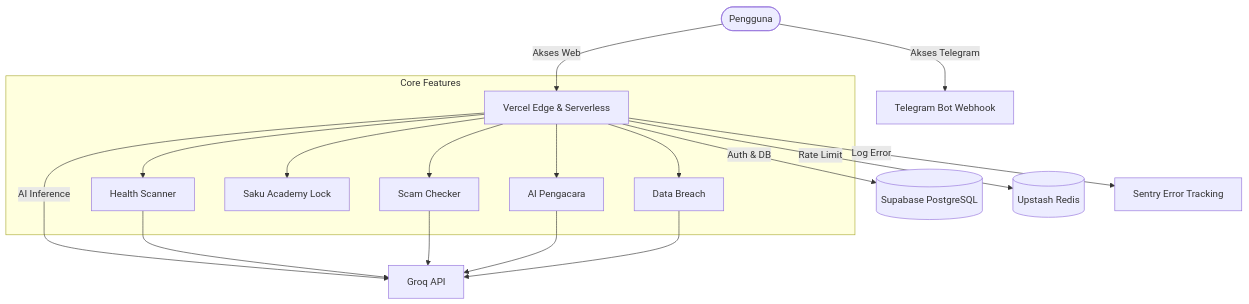
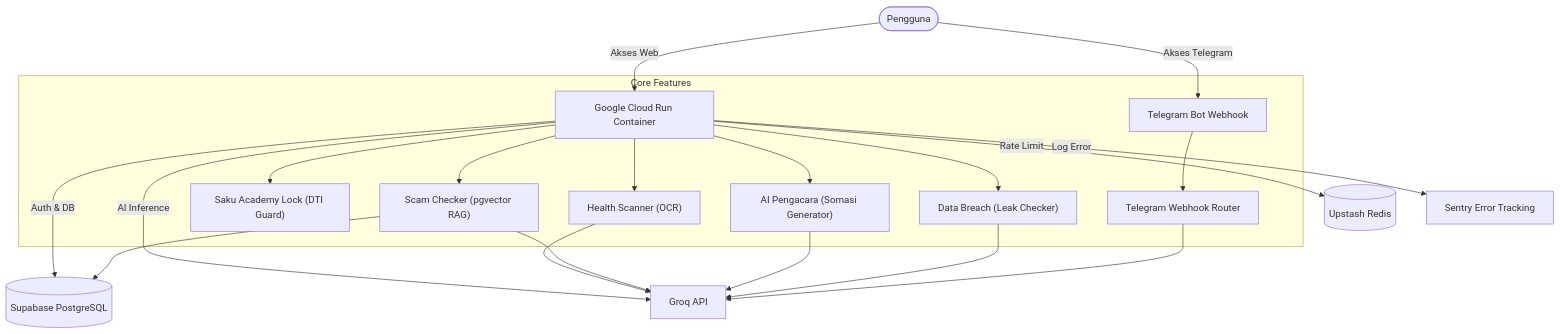
The first of 16 diagrams in README.md (kazanaruishere-max/SafeWallet), drawn with Mermaid before and after one commit. The commit also changed other lines of this file, not shown here.

Commit message:
docs: expand README.md with detailed high-level architecture and comprehensive Mermaid workflows for all 6 features

````diff
--- a/README.md
+++ b/README.md
@@ -65,24 +66,27 @@
 ```mermaid
 graph TD
-    User([Pengguna]) -->|Akses Web| Vercel[Vercel Edge & Serverless]
+    User([Pengguna]) -->|Akses Web| CloudRun[Google Cloud Run Container]
     User -->|Akses Telegram| TeleBot[Telegram Bot Webhook]
 
-    Vercel -->|Auth & DB| Supabase[(Supabase PostgreSQL)]
-    Vercel -->|Rate Limit| Upstash[(Upstash Redis)]
-    Vercel -->|AI Inference| Groq[Groq API]
+    CloudRun -->|Auth & DB| Supabase[(Supabase PostgreSQL)]
+    CloudRun -->|Rate Limit| Upstash[(Upstash Redis)]
+    CloudRun -->|AI Inference| Groq[Groq API]
     
     subgraph Core_Features [Core Features]
-        Vercel --> Scanner[Health Scanner]
-        Vercel --> ScamCheck[Scam Checker]
-        Vercel --> SakuAcademy[Saku Academy Lock]
-        Vercel --> LegalGen[AI Pengacara]
-        Vercel --> Breach[Data Breach]
+        CloudRun --> Scanner["Health Scanner (OCR)"]
+        CloudRun --> ScamCheck["Scam Checker (pgvector RAG)"]
+        CloudRun --> SakuAcademy["Saku Academy Lock (DTI Guard)"]
+        CloudRun --> LegalGen["AI Pengacara (Somasi Generator)"]
+        CloudRun --> Breach["Data Breach (Leak Checker)"]
+        TeleBot --> WebhookRouter["Telegram Webhook Router"]
     end
 
     Scanner --> Groq
+    ScamCheck --> Supabase
     ScamCheck --> Groq
     LegalGen --> Groq
     Breach --> Groq
+    WebhookRouter --> Groq
     
-    Vercel -->|Log Error| Sentry[Sentry Error Tracking]
+    CloudRun -->|Log Error| Sentry[Sentry Error Tracking]
 ```
````
